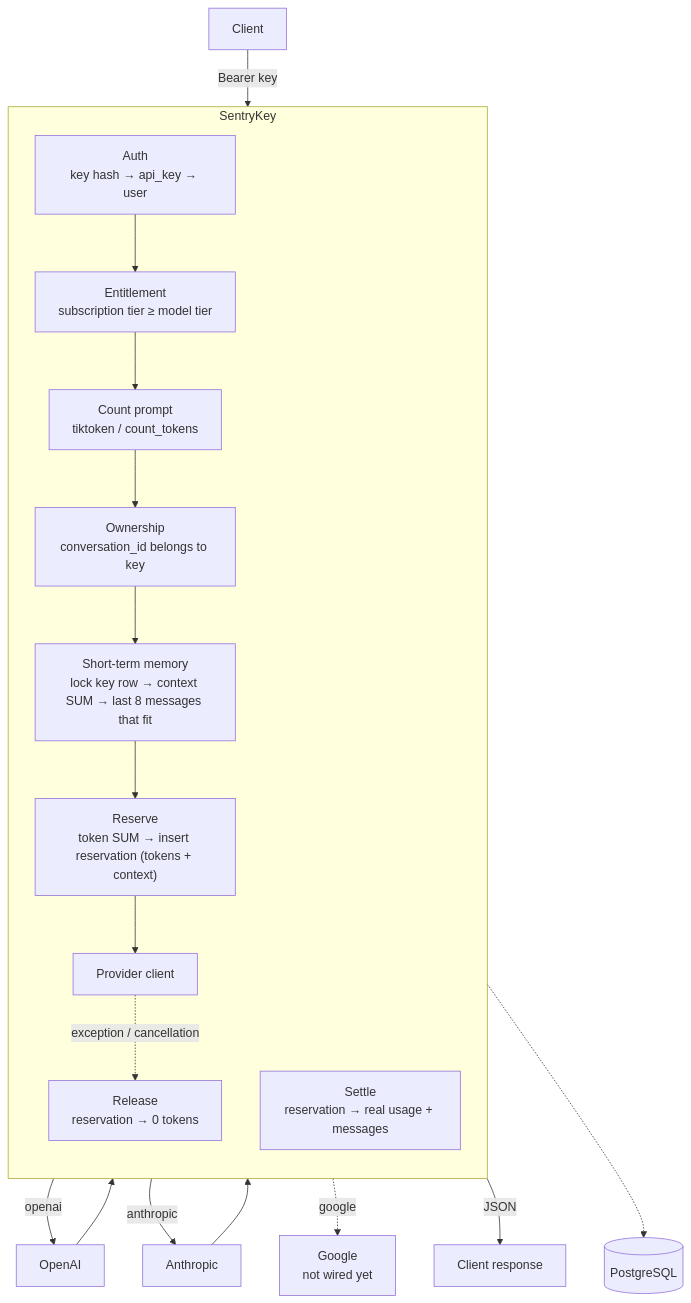
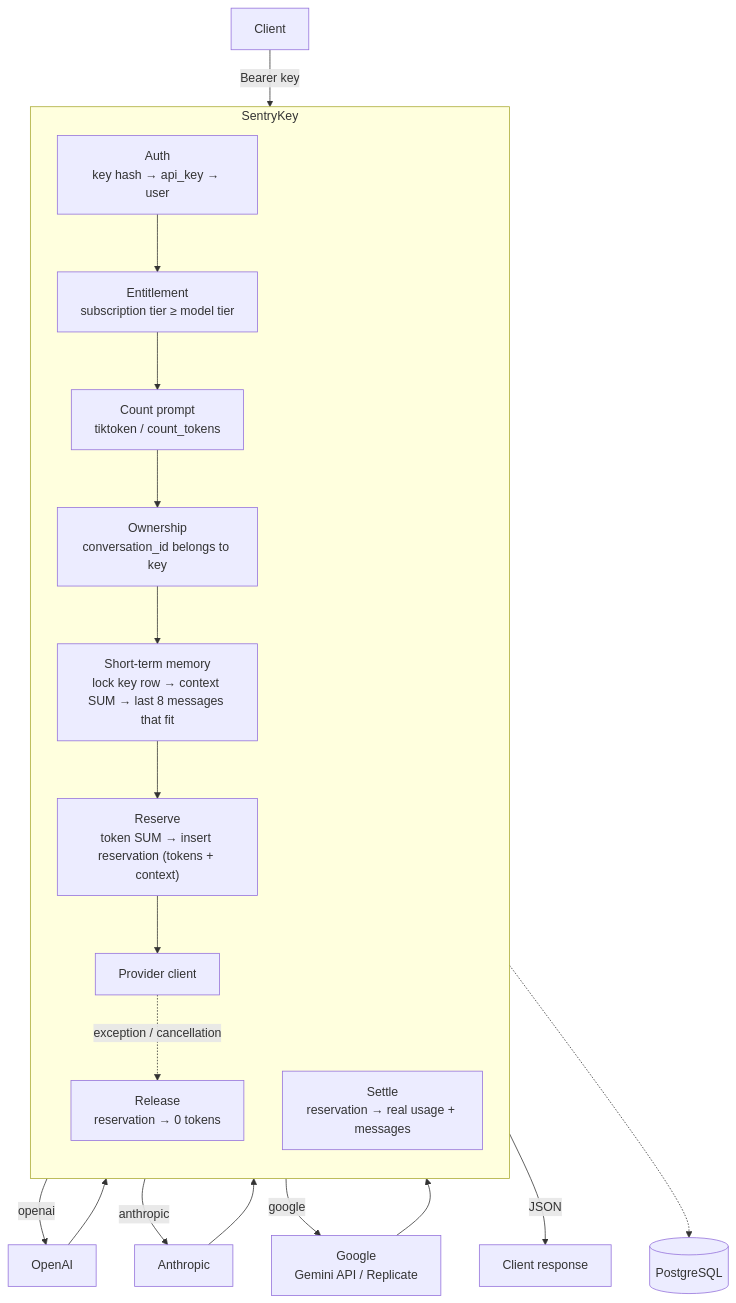
Before and after one commit to goutham-226/SentryKey: the diagram in README.md, drawn with Mermaid. The commit also changed other lines of this file and 1 other file, not shown here.

````diff
--- a/README.md
+++ b/README.md
@@ -74,34 +82,35 @@
 ```mermaid
 flowchart TB
     C[Client]
 
     subgraph GW["SentryKey"]
         direction TB
         AUTH["Auth<br/>key hash → api_key → user"]
         ENT["Entitlement<br/>subscription tier ≥ model tier"]
         COUNT["Count prompt<br/>tiktoken / count_tokens"]
         OWN["Ownership<br/>conversation_id belongs to key"]
         CTX["Short-term memory<br/>lock key row → context SUM → last 8 messages that fit"]
         QUOTA["Reserve<br/>token SUM → insert reservation (tokens + context)"]
         PROV["Provider client"]
         SETTLE["Settle<br/>reservation → real usage + messages"]
         REL["Release<br/>reservation → 0 tokens"]
     end
 
     OAI["OpenAI"]
     ANT["Anthropic"]
-    GEM["Google<br/>not wired yet"]
+    GEM["Google<br/>Gemini API / Replicate"]
     R[Client response]
     PG[("PostgreSQL")]
 
     C -->|Bearer key| AUTH --> ENT --> COUNT --> OWN --> CTX --> QUOTA --> PROV
     PROV -->|openai| OAI
     PROV -->|anthropic| ANT
-    PROV -.->|google| GEM
+    PROV -->|google| GEM
     OAI --> SETTLE
     ANT --> SETTLE
+    GEM --> SETTLE
     SETTLE -->|JSON| R
     PROV -.->|exception / cancellation| REL
 
     GW -.-> PG
 ```
````
